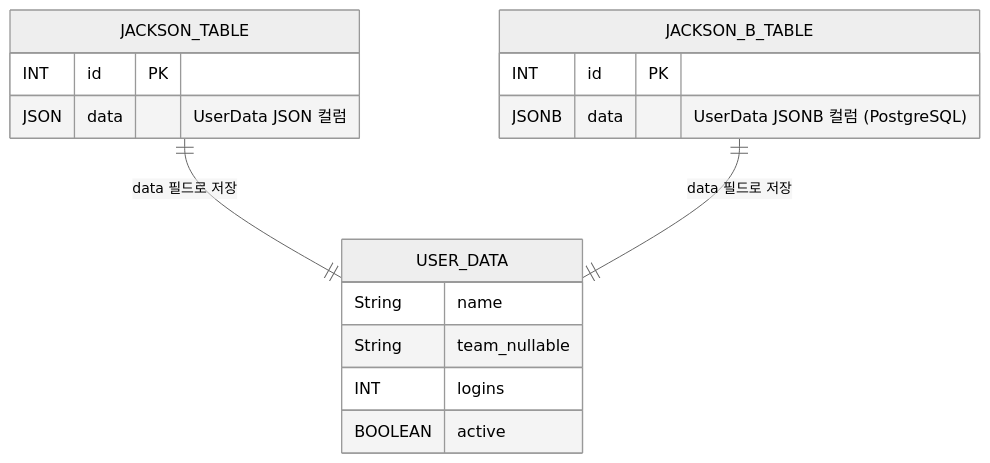
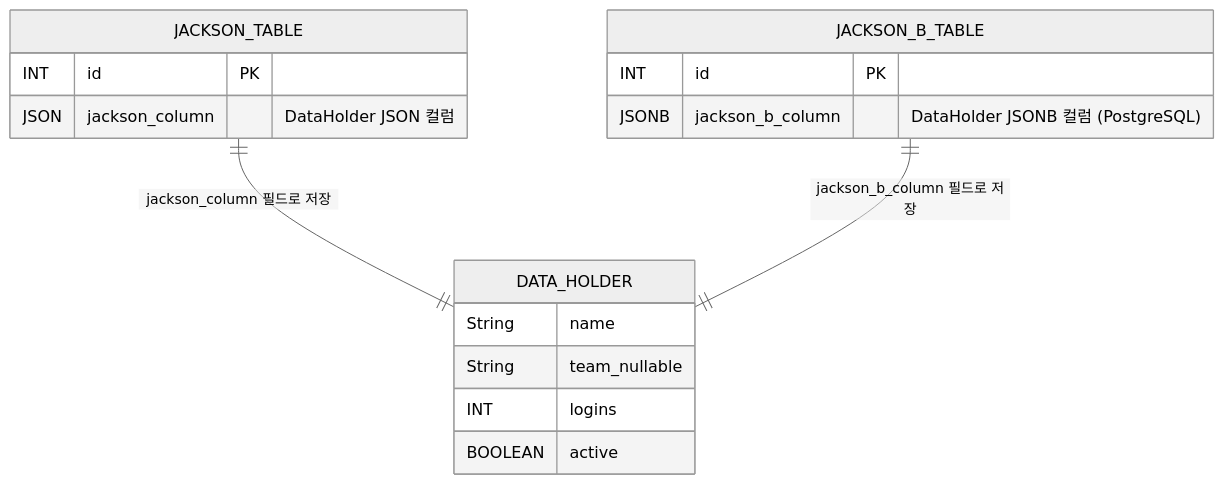
The third of 3 diagrams in 06-advanced/08-exposed-r2dbc-jackson/README.ko.md (bluetape4k/exposed-r2dbc-workshop), drawn with Mermaid before and after one commit. The commit also changed other lines of this file and 19 other files, not shown here.

````diff
--- a/06-advanced/08-exposed-r2dbc-jackson/README.ko.md
+++ b/06-advanced/08-exposed-r2dbc-jackson/README.ko.md
@@ -132,20 +132,20 @@
 ```mermaid
 %%{init: {"theme": "neutral"}}%%
 erDiagram
     JACKSON_TABLE {
         INT id PK
-        JSON data "UserData JSON 컬럼"
+        JSON jackson_column "DataHolder JSON 컬럼"
     }
     JACKSON_B_TABLE {
         INT id PK
-        JSONB data "UserData JSONB 컬럼 (PostgreSQL)"
+        JSONB jackson_b_column "DataHolder JSONB 컬럼 (PostgreSQL)"
     }
-    USER_DATA {
+    DATA_HOLDER {
         String name
         String team_nullable
         INT logins
         BOOLEAN active
     }
-    JACKSON_TABLE ||--|| USER_DATA : "data 필드로 저장"
-    JACKSON_B_TABLE ||--|| USER_DATA : "data 필드로 저장"
+    JACKSON_TABLE ||--|| DATA_HOLDER : "jackson_column 필드로 저장"
+    JACKSON_B_TABLE ||--|| DATA_HOLDER : "jackson_b_column 필드로 저장"
 ```
````
